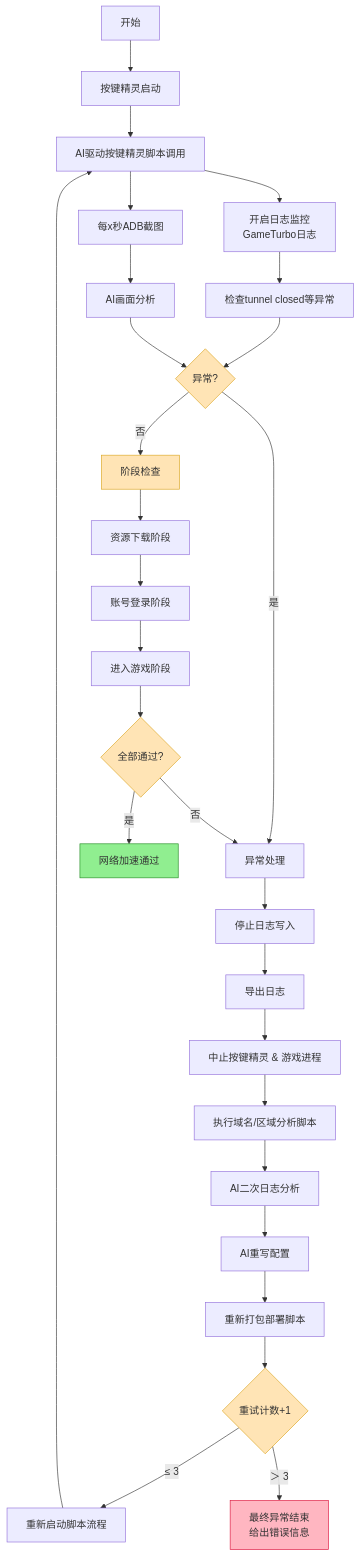
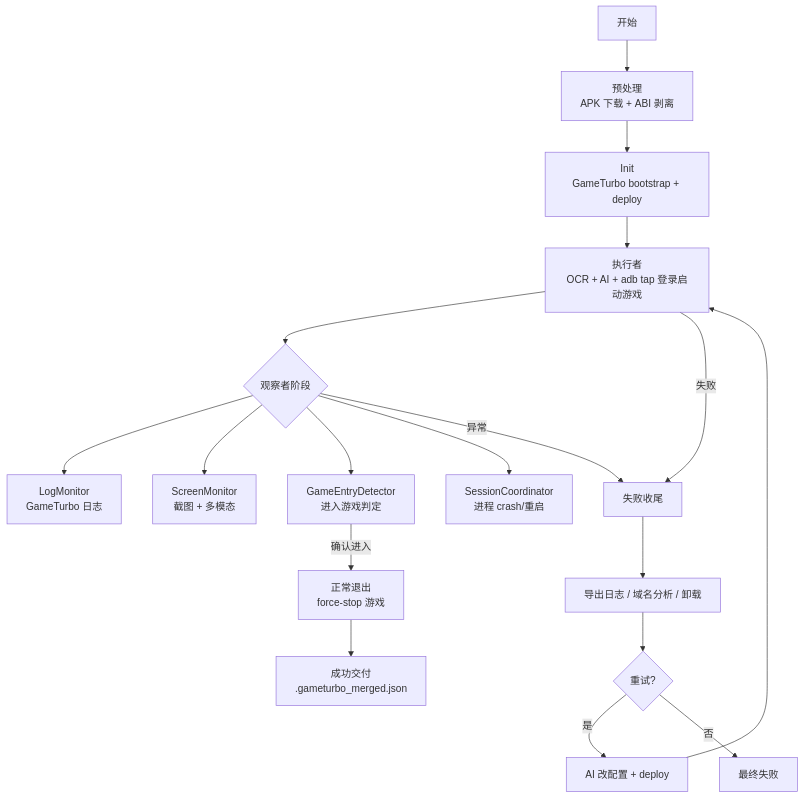
Before and after one commit to WartDipara/ai-test-workflow: the diagram in next_plan.md, drawn with Mermaid. The commit also changed other lines of this file and 57 other files, not shown here.

````diff
--- a/next_plan.md
+++ b/next_plan.md
@@ -3,55 +3,24 @@
 ```mermaid
 graph TD
-    %% 启动 %%
-    start[开始] --> start_mobileAnJian[按键精灵启动] 
-    start_mobileAnJian --> ai_start_script[AI驱动按键精灵脚本调用]
+    start[开始] --> preprocess[预处理<br/>APK 下载 + ABI 剥离]
+    preprocess --> init[Init<br/>GameTurbo bootstrap + deploy]
+    init --> executor[执行者<br/>OCR + AI + adb tap 登录启动游戏]
 
-    %% 并行监控流 %%
-    ai_start_script --> I_log[开启日志监控<br/>GameTurbo日志]
-    ai_start_script --> adb_screencap[每x秒ADB截图]
+    executor --> observer{观察者阶段}
+    observer --> log_mon[LogMonitor<br/>GameTurbo 日志]
+    observer --> screen_mon[ScreenMonitor<br/>截图 + 多模态]
+    observer --> game_entry[GameEntryDetector<br/>进入游戏判定]
+    observer --> session[SessionCoordinator<br/>进程 crash/重启]
 
-    I_log --> log_filter_check[检查tunnel closed等异常]
-    adb_screencap --> ai_screen_analyze[AI画面分析]
+    game_entry -->|确认进入| normal_exit[正常退出<br/>force-stop 游戏]
+    observer -->|异常| failure[失败收尾]
+    executor -->|失败| failure
 
-    %% 异常判断 %%
-    log_filter_check --> exception{异常?}
-    ai_screen_analyze --> exception
+    failure --> cleanup[导出日志 / 域名分析 / 卸载]
+    cleanup --> retry{重试?}
+    retry -->|是| modify[AI 改配置 + deploy]
+    modify --> executor
+    retry -->|否| final_fail[最终失败]
 
-    %% 核心循环与重试机制 %%
-    exception -->|是| error_handle[异常处理]
-    exception -->|否| stage_check[阶段检查]
-
-    %% 阶段检查（任何一个阶段失败都进入异常） %%
-    stage_check --> stage_resource[资源下载阶段]
-    stage_resource --> stage_account[账号登录阶段]
-    stage_account --> stage_launch[进入游戏阶段]
-    stage_launch --> stage_success{全部通过?}
-
-    stage_success -->|是| pass[网络加速通过]
-    stage_success -->|否| error_handle
-
-    %% 异常处理流程 %%
-    error_handle --> stop_I_log[停止日志写入]
-    stop_I_log --> dump_log[导出日志]
-    dump_log --> kill_apps[中止按键精灵 & 游戏进程]
-    kill_apps --> run_domain_script[执行域名/区域分析脚本]
-    run_domain_script --> ai_log_analyze[AI二次日志分析]
-    ai_log_analyze --> ai_rewrite_config[AI重写配置]
-    ai_rewrite_config --> repackage[重新打包部署脚本]
-
-    %% 重试计数与终止逻辑 %%
-    repackage --> retry_count{重试计数+1}
-    retry_count -->|≤ 3| restart[重新启动脚本流程]
-    retry_count -->|＞ 3| final_error[最终异常结束 <br/>给出错误信息]
-
-    restart --> ai_start_script
-
-    %% 样式优化 %%
-    classDef success fill:#90EE90,stroke:#228B22
-    classDef error fill:#FFB6C1,stroke:#DC143C
-    classDef decision fill:#FFE4B5,stroke:#DAA520
-
-    class pass success
-    class final_error error
-    class exception,stage_success,stage_check,retry_count decision
+    normal_exit --> success[成功交付<br/>.gameturbo_merged.json]
 ```
````
